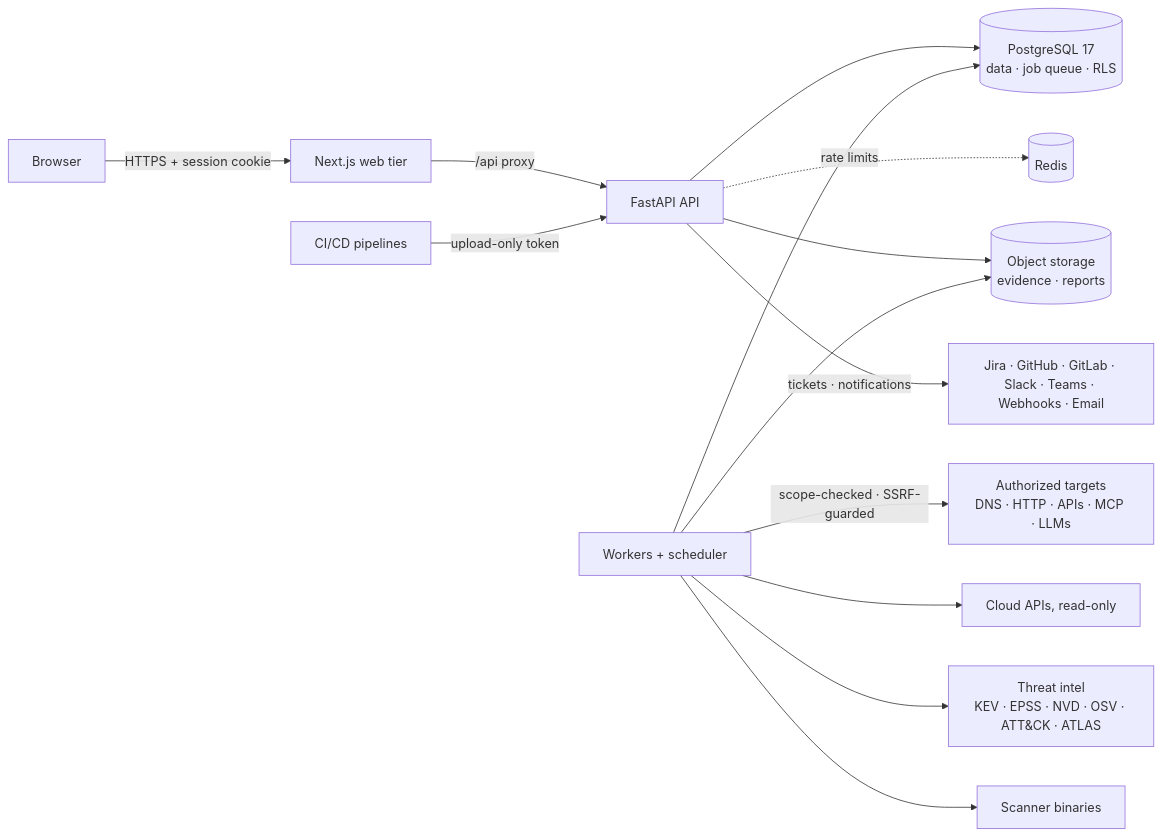
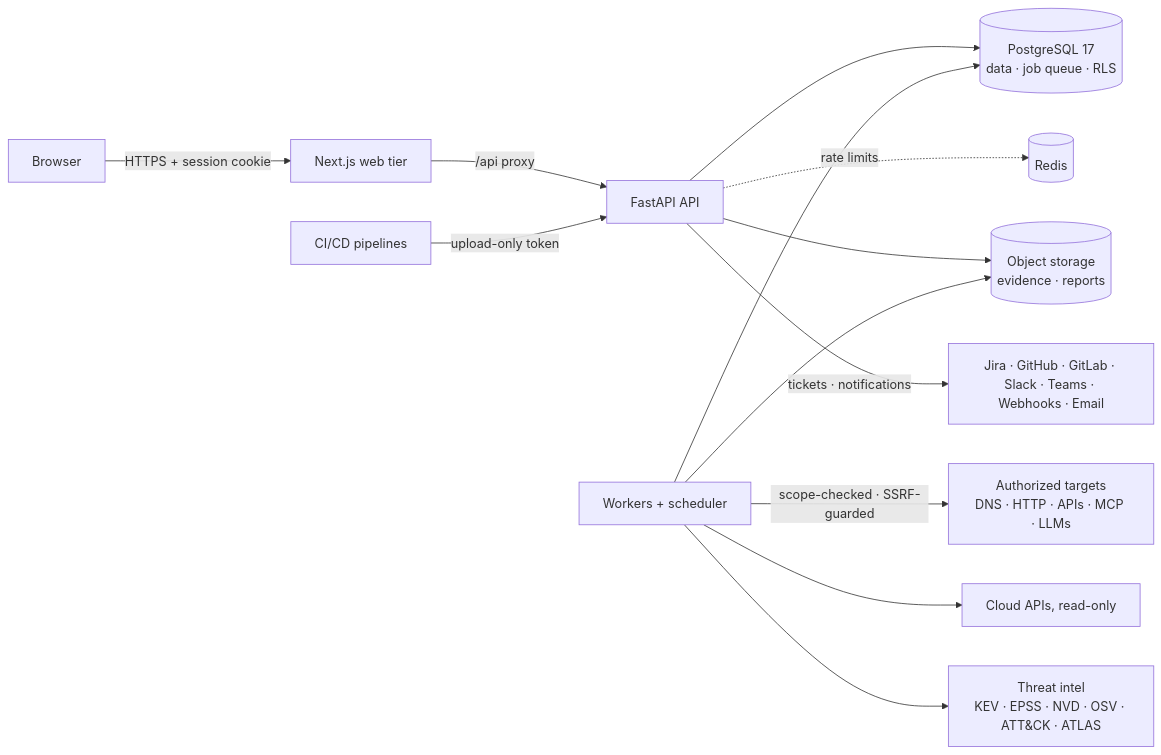
The diagram in README.md (d0gra/AI-CTEM), drawn with Mermaid before and after one commit. The commit also changed other lines of this file and 12 other files, not shown here.

````diff
--- a/README.md
+++ b/README.md
@@ -115,16 +109,15 @@
 ```mermaid
 flowchart LR
   B[Browser] -->|HTTPS + session cookie| W[Next.js web tier]
   W -->|/api proxy| A[FastAPI API]
   CI[CI/CD pipelines] -->|upload-only token| A
   A --> P[(PostgreSQL 17<br/>data · job queue · RLS)]
   A -.rate limits.-> R[(Redis)]
   A --> S[(Object storage<br/>evidence · reports)]
   K[Workers + scheduler] --> P
   K --> S
   K -->|scope-checked · SSRF-guarded| T[Authorized targets<br/>DNS · HTTP · APIs · MCP · LLMs]
   K --> C[Cloud APIs, read-only]
   K --> I[Threat intel<br/>KEV · EPSS · NVD · OSV · ATT&CK · ATLAS]
-  K --> X[Scanner binaries]
   A -->|tickets · notifications| N[Jira · GitHub · GitLab · Slack · Teams · Webhooks · Email]
 ```
````
